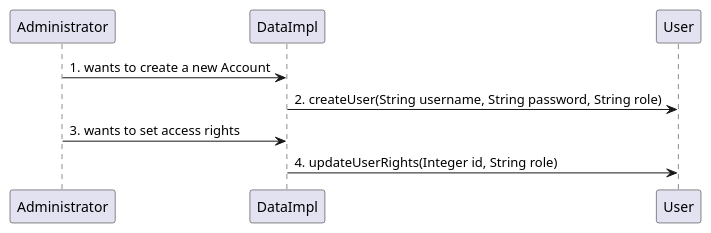
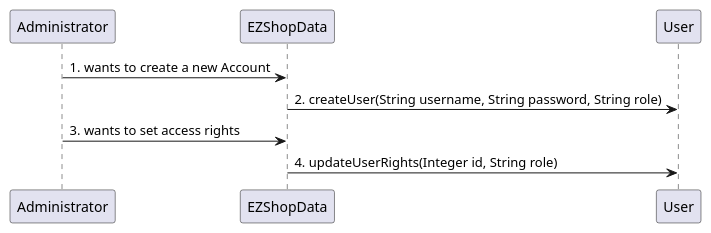
The sixth of 31 diagrams in Deliverables/DesignDocument.md (djemar/softeng_ezshop), drawn with PlantUML before and after one commit. The commit also changed other lines of this file, not shown here.

Commit message:
update SequenceDiagrams

````diff
--- a/Deliverables/DesignDocument.md
+++ b/Deliverables/DesignDocument.md
@@ -305,6 +305,6 @@
 ```plantuml
-"Administrator" -> "DataImpl": 1. wants to create a new Account
-"DataImpl" -> "User": 2. createUser(String username, String password, String role)
-"Administrator" -> "DataImpl": 3. wants to set access rights
-"DataImpl" -> "User": 4. updateUserRights(Integer id, String role)
+"Administrator" -> "EZShopData": 1. wants to create a new Account
+"EZShopData" -> "User": 2. createUser(String username, String password, String role)
+"Administrator" -> "EZShopData": 3. wants to set access rights
+"EZShopData" -> "User": 4. updateUserRights(Integer id, String role)
 ```
````
